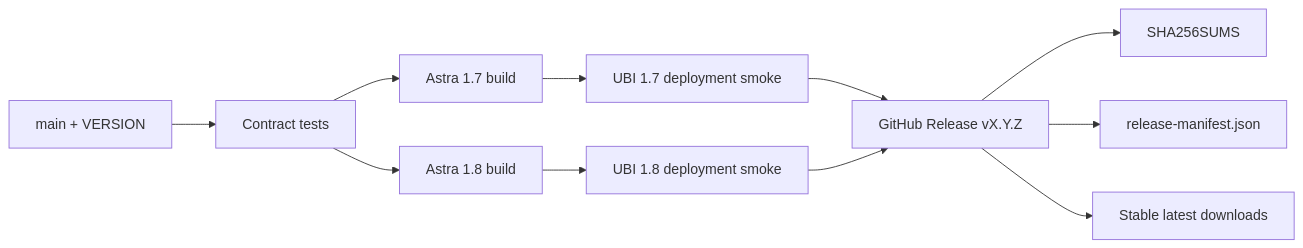
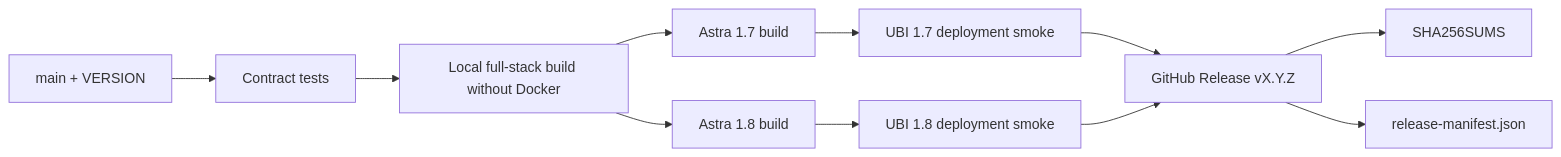
The second of 2 diagrams in README.md (f2re/meta), drawn with Mermaid before and after one commit. The commit also changed other lines of this file, not shown here.

Commit message:
docs: make one-command local build the primary flow

````diff
--- a/README.md
+++ b/README.md
@@ -97,13 +97,13 @@
 ```mermaid
 flowchart LR
     M[main + VERSION] --> C[Contract tests]
-    C --> A17[Astra 1.7 build]
-    C --> A18[Astra 1.8 build]
+    C --> L[Local full-stack build without Docker]
+    L --> A17[Astra 1.7 build]
+    L --> A18[Astra 1.8 build]
     A17 --> T17[UBI 1.7 deployment smoke]
     A18 --> T18[UBI 1.8 deployment smoke]
     T17 --> R[GitHub Release vX.Y.Z]
     T18 --> R
     R --> S[SHA256SUMS]
     R --> J[release-manifest.json]
-    R --> D[Stable latest downloads]
 ```
````
